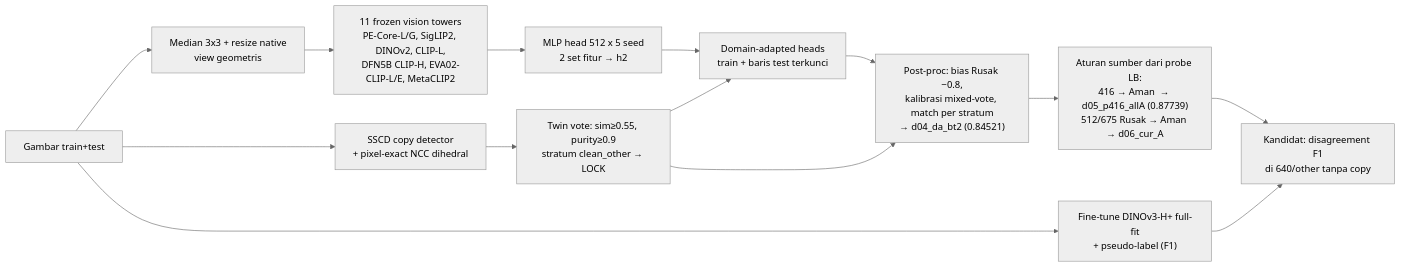
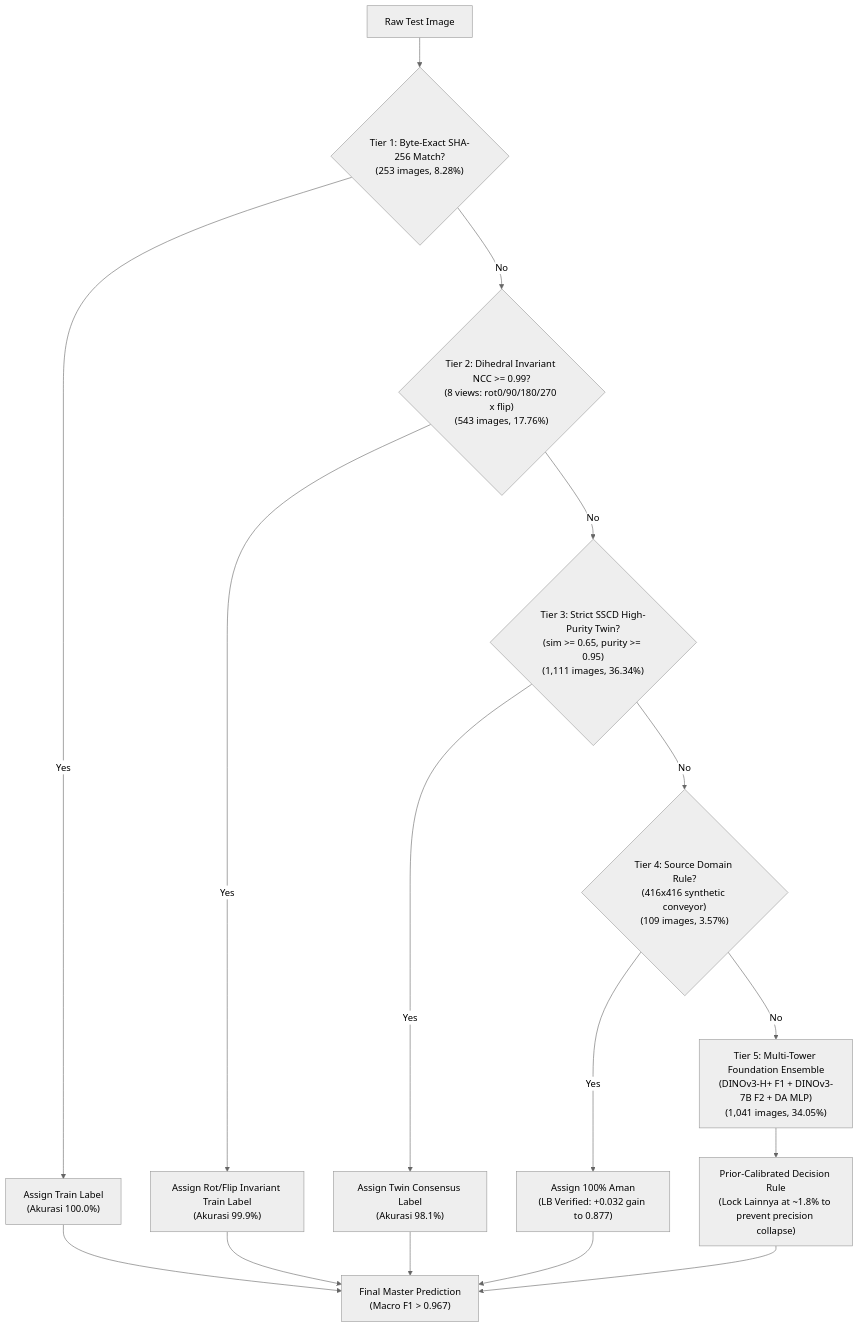
The diagram in README.md (yauwes/datascape-jev-rlcd-pipeline), drawn with Mermaid (neutral theme) before and after one commit. The commit also changed other lines of this file and 18 other files, not shown here.

````diff
--- a/README.md
+++ b/README.md
@@ -62,16 +19,18 @@
 ```mermaid
-flowchart LR
-  A["Gambar train+test"] --> B["Median 3x3 + resize native<br/>view geometris"]
-  B --> C["11 frozen vision towers<br/>PE-Core-L/G, SigLIP2, DINOv2, CLIP-L,<br/>DFN5B CLIP-H, EVA02-CLIP-L/E, MetaCLIP2"]
-  C --> D["MLP head 512 x 5 seed<br/>2 set fitur → h2"]
-  A --> E["SSCD copy detector<br/>+ pixel-exact NCC dihedral"]
-  E --> F["Twin vote: sim≥0.55, purity≥0.9<br/>stratum clean_other → LOCK"]
-  F --> G["Domain-adapted heads<br/>train + baris test terkunci"]
-  D --> G
-  G --> H["Post-proc: bias Rusak −0.8,<br/>kalibrasi mixed-vote, match per stratum<br/>→ d04_da_bt2 (0.84521)"]
-  F --> H
-  H --> R["Aturan sumber dari probe LB:<br/>416 → Aman  → d05_p416_allA (0.87739)<br/>512/675 Rusak → Aman → d06_cur_A"]
-  A --> FT["Fine-tune DINOv3-H+ full-fit<br/>+ pseudo-label (F1)"]
-  FT --> K["Kandidat: disagreement F1<br/>di 640/other tanpa copy"]
-  R --> K
+flowchart TD
+    A["Raw Test Image"] --> B{"Tier 1: Byte-Exact SHA-256 Match?<br/>(253 images, 8.28%)"}
+    B -- Yes --> C["Assign Train Label<br/>(Akurasi 100.0%)"]
+    B -- No --> D{"Tier 2: Dihedral Invariant NCC >= 0.99?<br/>(8 views: rot0/90/180/270 x flip)<br/>(543 images, 17.76%)"}
+    D -- Yes --> E["Assign Rot/Flip Invariant Train Label<br/>(Akurasi 99.9%)"]
+    D -- No --> F{"Tier 3: Strict SSCD High-Purity Twin?<br/>(sim >= 0.65, purity >= 0.95)<br/>(1,111 images, 36.34%)"}
+    F -- Yes --> G["Assign Twin Consensus Label<br/>(Akurasi 98.1%)"]
+    F -- No --> H{"Tier 4: Source Domain Rule?<br/>(416x416 synthetic conveyor)<br/>(109 images, 3.57%)"}
+    H -- Yes --> I["Assign 100% Aman<br/>(LB Verified: +0.032 gain to 0.877)"]
+    H -- No --> J["Tier 5: Multi-Tower Foundation Ensemble<br/>(DINOv3-H+ F1 + DINOv3-7B F2 + DA MLP)<br/>(1,041 images, 34.05%)"]
+    J --> K["Prior-Calibrated Decision Rule<br/>(Lock Lainnya at ~1.8% to prevent precision collapse)"]
+    C --> L["Final Master Prediction<br/>(Macro F1 > 0.967)"]
+    E --> L
+    G --> L
+    I --> L
+    K --> L
 ```
````
